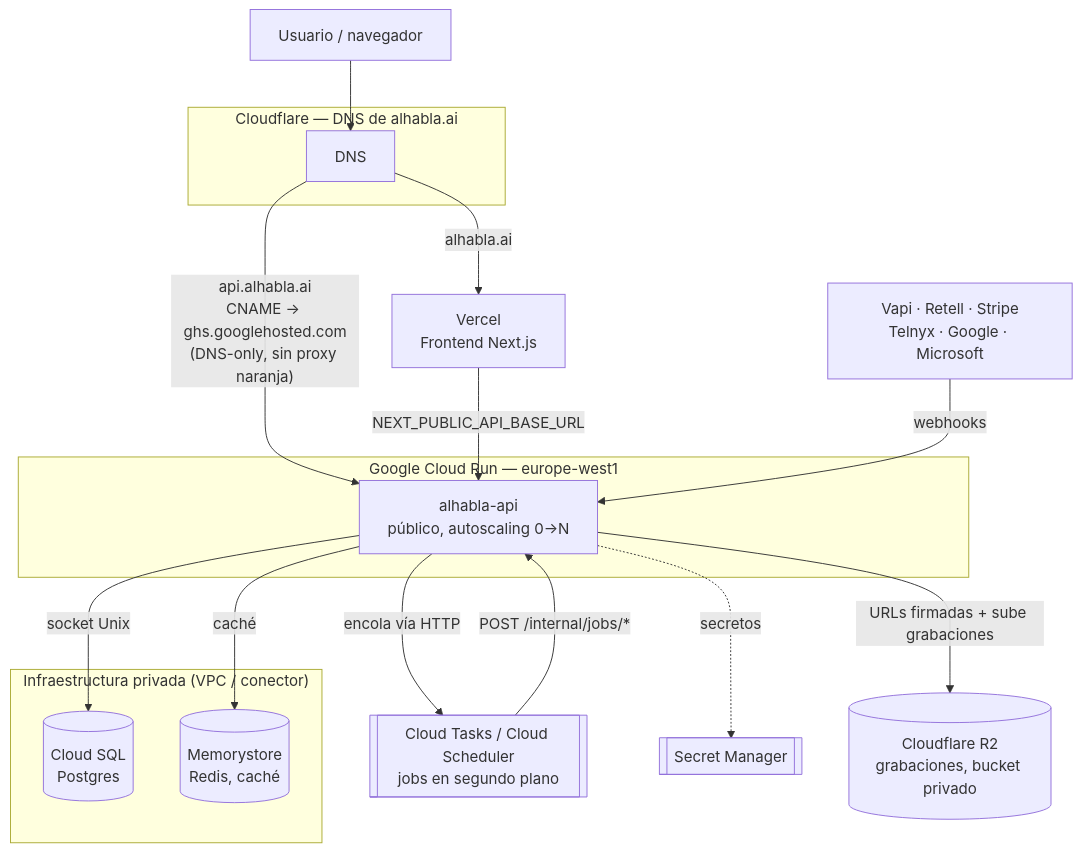
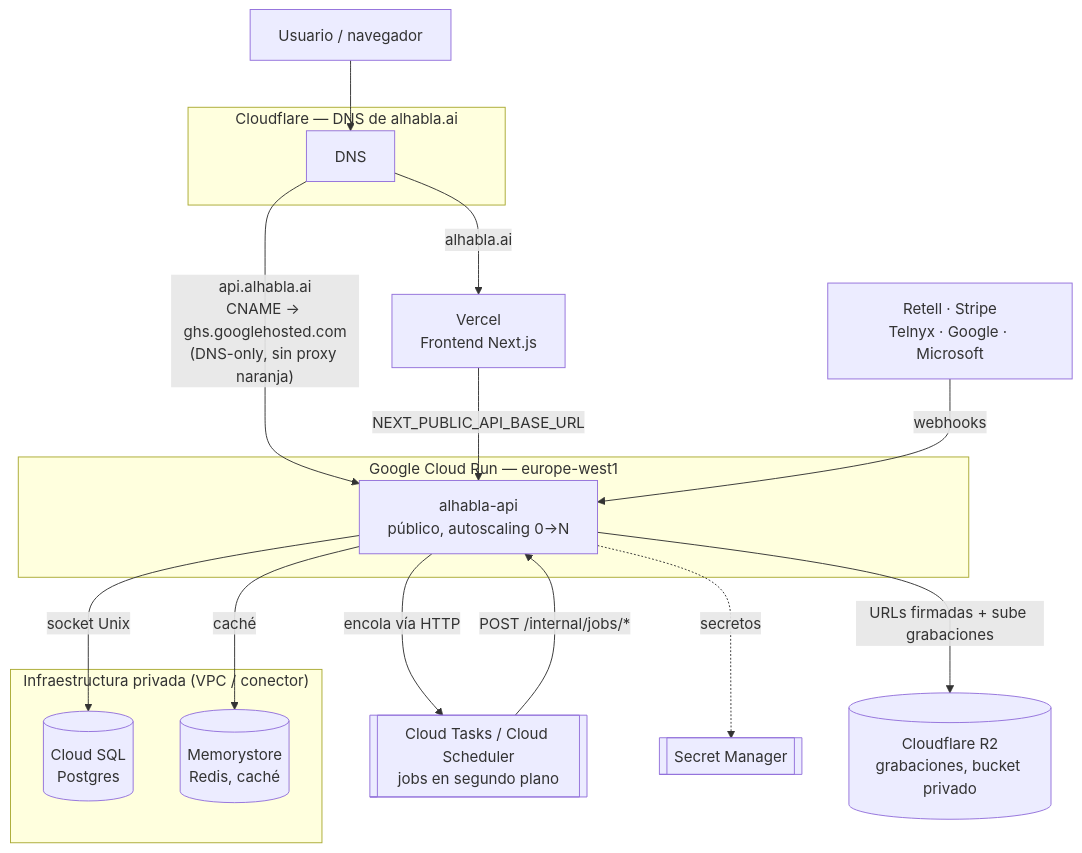
Before and after one commit to MMARTID/botbook: the diagram in README.md, drawn with Mermaid. The commit also changed other lines of this file and 72 other files, not shown here.

````diff
--- a/README.md
+++ b/README.md
@@ -99,37 +99,37 @@
 ```mermaid
 graph TD
     U[Usuario / navegador]
 
     subgraph CF["Cloudflare — DNS de alhabla.ai"]
         DNS[DNS]
     end
 
     U --> DNS
     DNS -->|alhabla.ai| VERCEL[Vercel<br/>Frontend Next.js]
     DNS -->|"api.alhabla.ai<br/>CNAME → ghs.googlehosted.com<br/>(DNS-only, sin proxy naranja)"| CR_API
 
     VERCEL -->|NEXT_PUBLIC_API_BASE_URL| CR_API
 
     subgraph GCP["Google Cloud Run — europe-west1"]
         CR_API[alhabla-api<br/>público, autoscaling 0→N]
     end
 
     CTS[[Cloud Tasks / Cloud Scheduler<br/>jobs en segundo plano]]
 
     subgraph VPC["Infraestructura privada (VPC / conector)"]
         SQL[(Cloud SQL<br/>Postgres)]
         REDIS[(Memorystore<br/>Redis, caché)]
     end
 
     SM[[Secret Manager]]
     R2[(Cloudflare R2<br/>grabaciones, bucket privado)]
-    EXT[Vapi · Retell · Stripe<br/>Telnyx · Google · Microsoft]
+    EXT[Retell · Stripe<br/>Telnyx · Google · Microsoft]
 
     CR_API -->|socket Unix| SQL
     CR_API -->|caché| REDIS
     CR_API -->|encola vía HTTP| CTS
     CTS -->|POST /internal/jobs/*| CR_API
     CR_API -.->|secretos| SM
     CR_API -->|URLs firmadas + sube grabaciones| R2
     EXT -->|webhooks| CR_API
 ```
````
